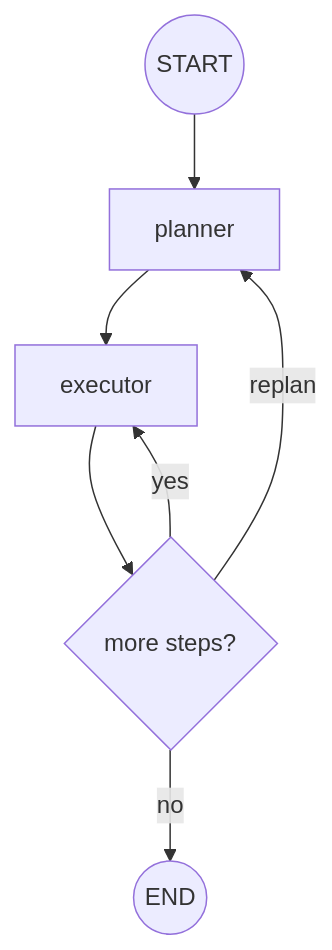
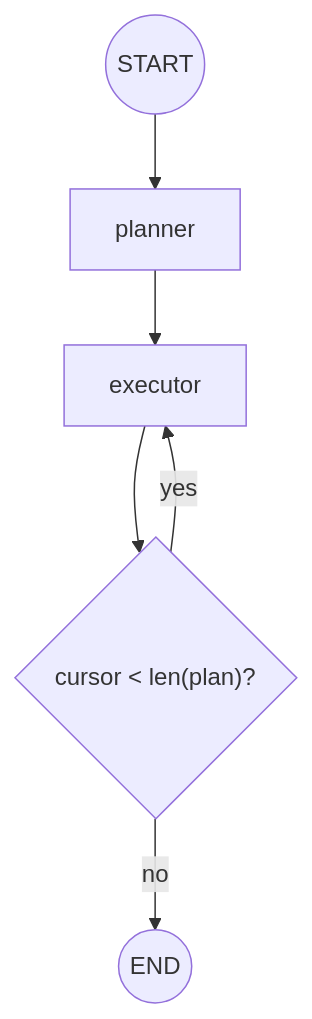
One commit to ranjan-del/langgraph changed the diagram in planner/README.md. Above: the diagram before and after it, drawn with Mermaid. The commit also changed other lines of this file and 5 other files, not shown here.

First line of the commit message:
Add mermaid diagrams and per-pattern READMEs, broaden test coverage

````diff
--- a/planner/README.md
+++ b/planner/README.md
@@ -14,9 +14,8 @@
 ```mermaid
 graph TD
     START((START)) --> P[planner]
     P --> E[executor]
-    E --> C{more steps?}
+    E --> C{"cursor < len(plan)?"}
     C -->|yes| E
-    C -->|replan| P
     C -->|no| END((END))
 ```
````
